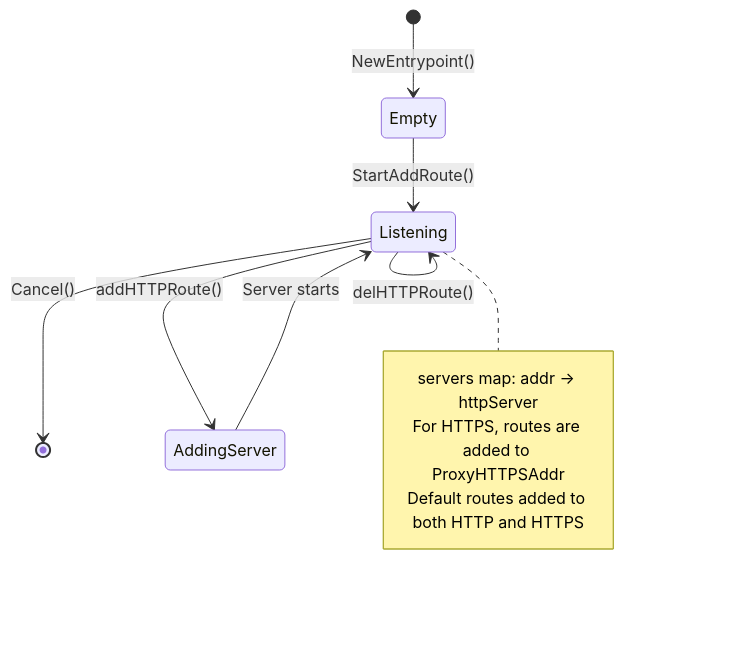
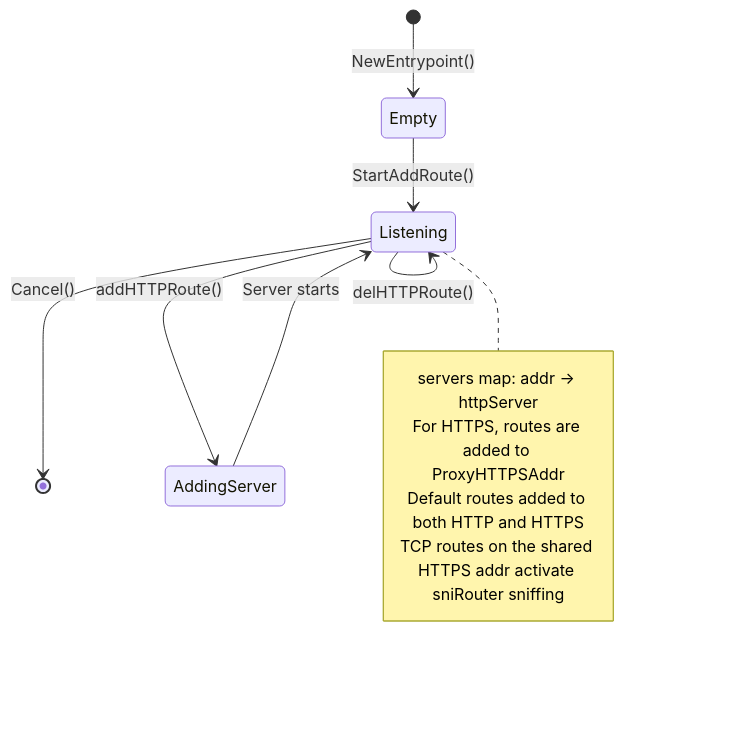
One commit to yusing/godoxy-wiki changed the fourth of 5 diagrams in content/docs/impl/internal-entrypoint.mdx. Above: the diagram before and after it, drawn with Mermaid. The commit also changed other lines of this file and 20 other files, not shown here.

````diff
--- a/content/docs/impl/internal-entrypoint.mdx
+++ b/content/docs/impl/internal-entrypoint.mdx
@@ -286,18 +350,19 @@
 ```mermaid
 stateDiagram-v2
     [*] --> Empty: NewEntrypoint()
 
     Empty --> Listening: StartAddRoute()
     Listening --> Listening: StartAddRoute()
     Listening --> Listening: delHTTPRoute()
     Listening --> [*]: Cancel()
 
     Listening --> AddingServer: addHTTPRoute()
     AddingServer --> Listening: Server starts
 
     note right of Listening
         servers map: addr -> httpServer
         For HTTPS, routes are added to ProxyHTTPSAddr
         Default routes added to both HTTP and HTTPS
+        TCP routes on the shared HTTPS addr activate sniRouter sniffing
     end note
 ```
````
